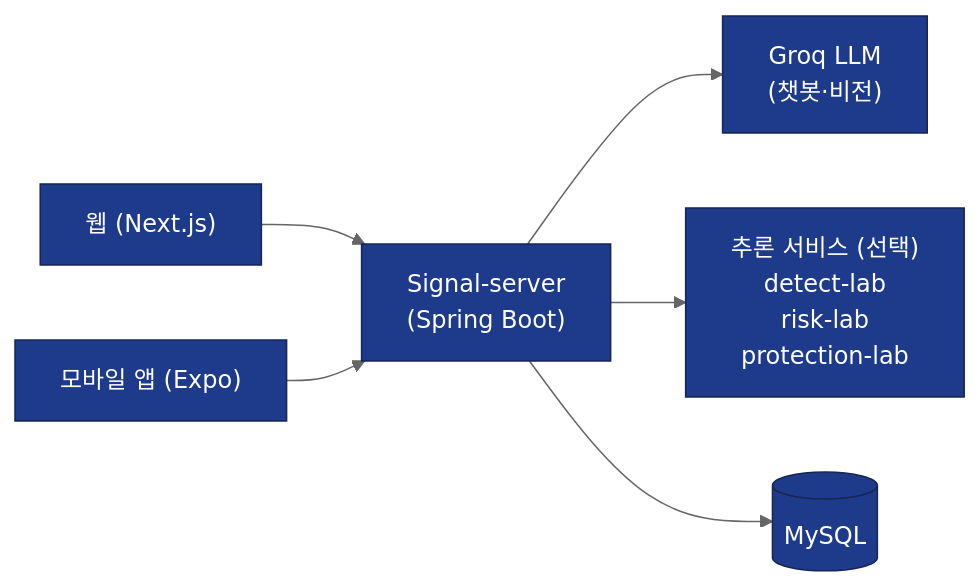
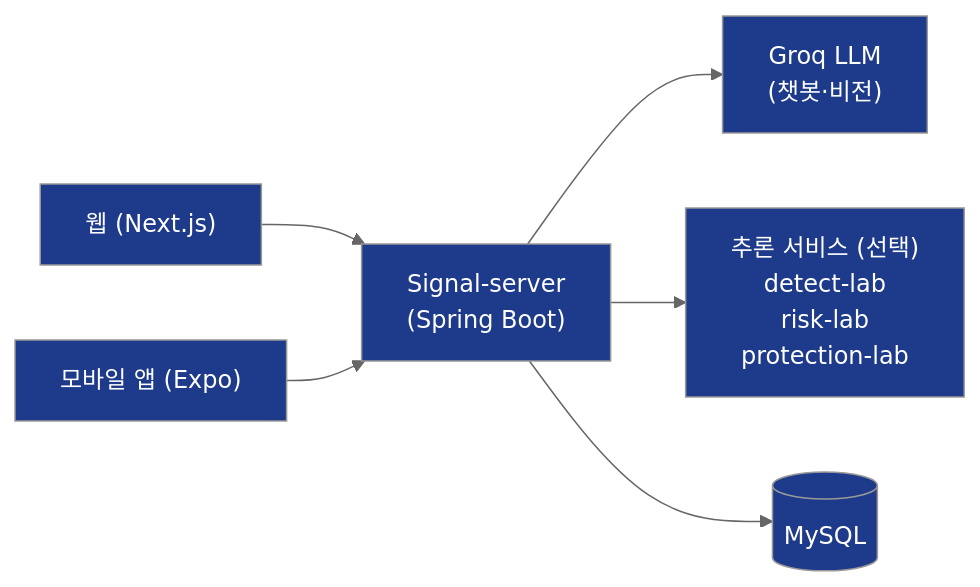
Before and after one commit to somaus/Signal-web: the diagram in README.md, drawn with Mermaid (neutral theme).

Commit message:
docs: README 아키텍처 박스 테두리는 기본색 유지

````diff
--- a/README.md
+++ b/README.md
@@ -79,11 +79,11 @@
 ```mermaid
 flowchart LR
     Web["웹 (Next.js)"] --> Server
     App["모바일 앱 (Expo)"] --> Server
     Server["Signal-server<br/>(Spring Boot)"] --> LLM["Groq LLM<br/>(챗봇·비전)"]
     Server --> Lab["추론 서비스 (선택)<br/>detect-lab<br/>risk-lab<br/>protection-lab"]
     Server --> DB[("MySQL")]
 
-    classDef navy fill:#1E3A8A,stroke:#172554,color:#FFFFFF
+    classDef navy fill:#1E3A8A,color:#FFFFFF
     class Web,App,Server,LLM,Lab,DB navy
 ```
````
